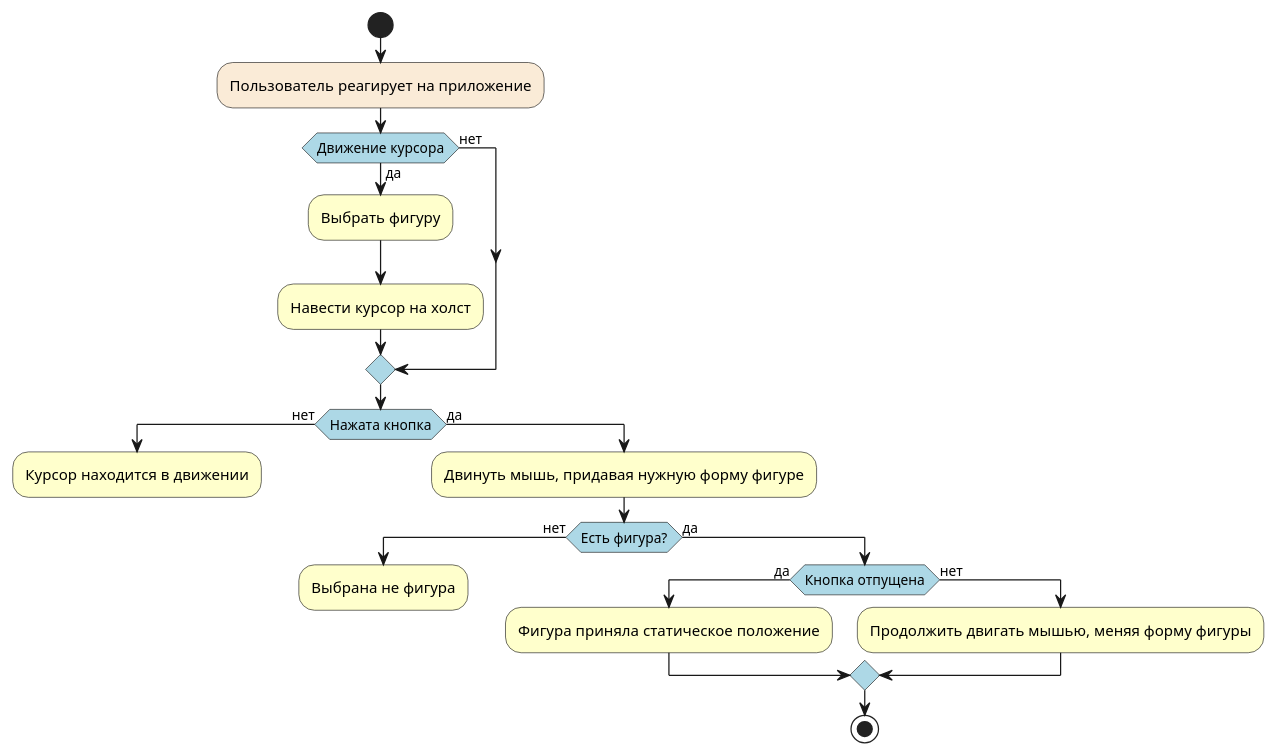
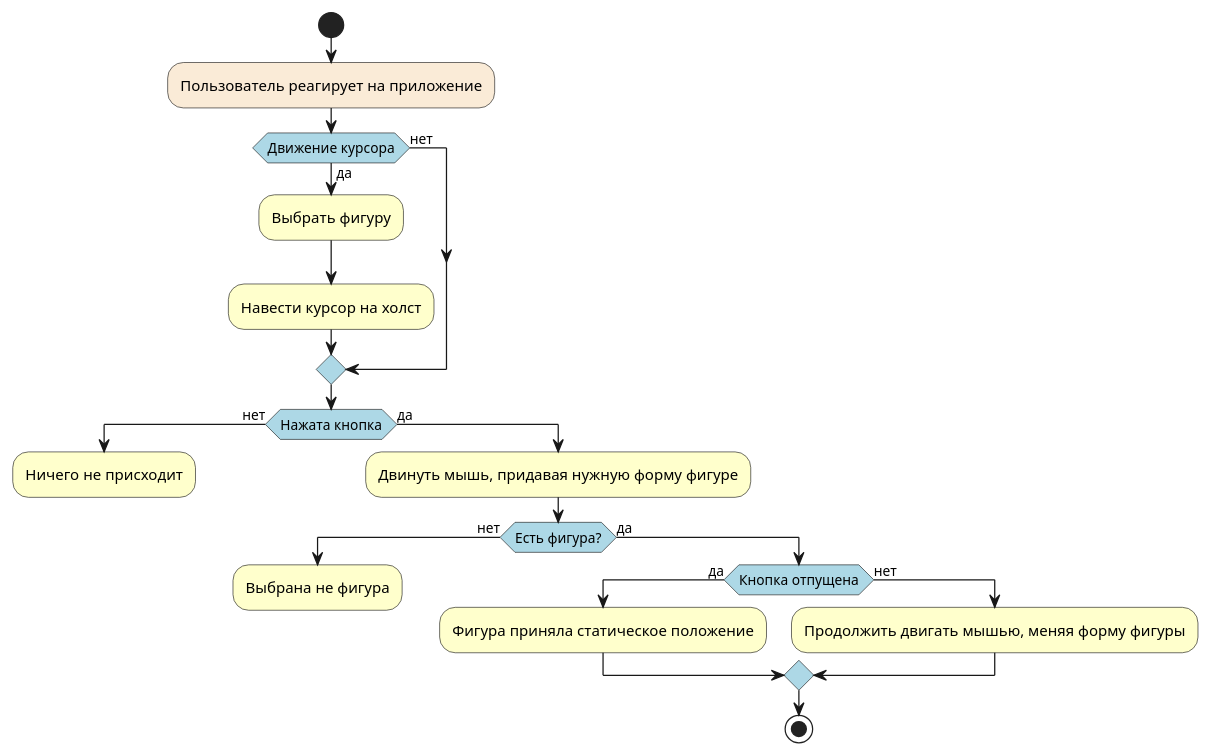
One commit to UnVeh/reposit changed the diagram in diagrams/activity1.puml. Above: the diagram before and after it, drawn with PlantUML.

```diff
--- a/diagrams/activity1.puml
+++ b/diagrams/activity1.puml
@@ -1,30 +1,30 @@
 @startuml
 skinparam activity {
     DiamondBackgroundColor LightBlue
 }
 start
 #AntiqueWhite:Пользователь реагирует на приложение;
 if (Движение курсора) then (да)
 #Business:Выбрать фигуру;
 #Business:Навести курсор на холст;
 else (нет)
 endif
     if (Нажата кнопка) then (нет)
-    #Business:Курсор находится в движении;
+    #Business:Ничего не присходит;
     kill
     else (да)
     #Business:Двинуть мышь, придавая нужную форму фигуре;
         if (Есть фигура?) then (нет)
         #Business:Выбрана не фигура;
         kill
 
         else (да)
 
         if (Кнопка отпущена) then (да)
         #Business:Фигура приняла статическое положение;
         else (нет)
         #Business:Продолжить двигать мышью, меняя форму фигуры;
 
 endif
 stop
 @enduml
```
